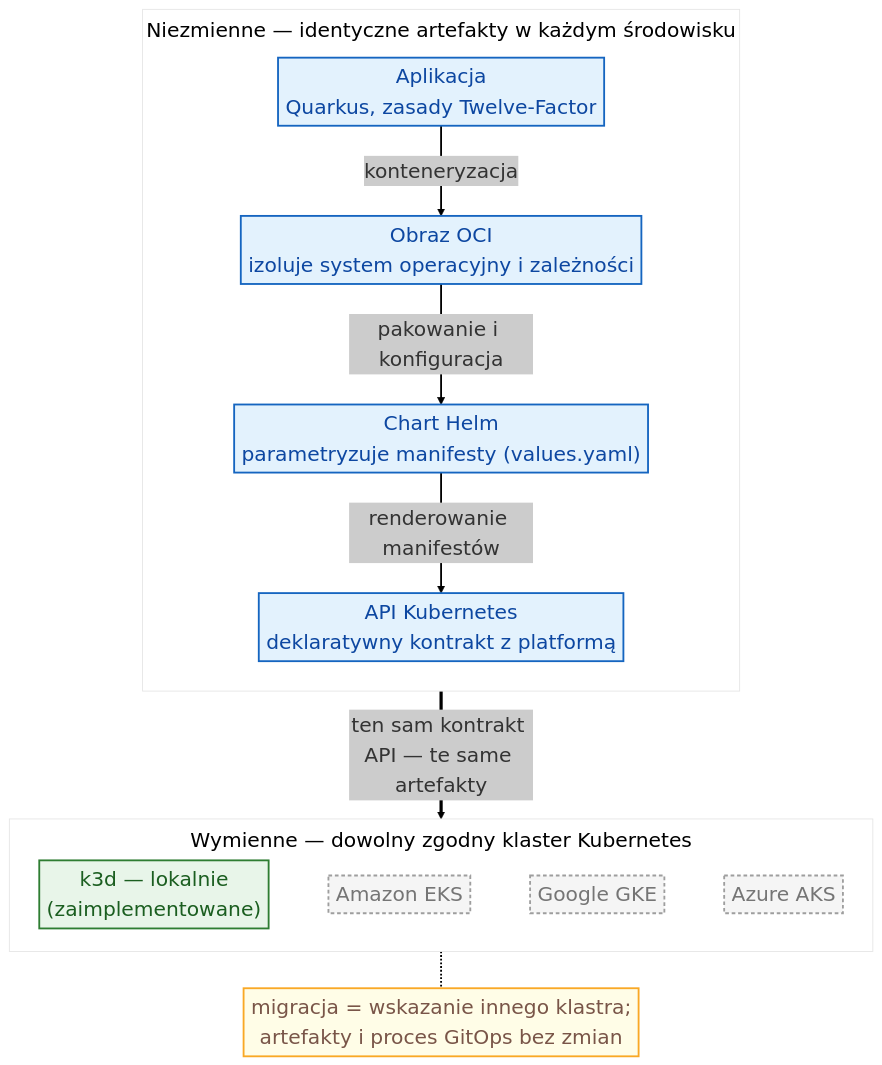
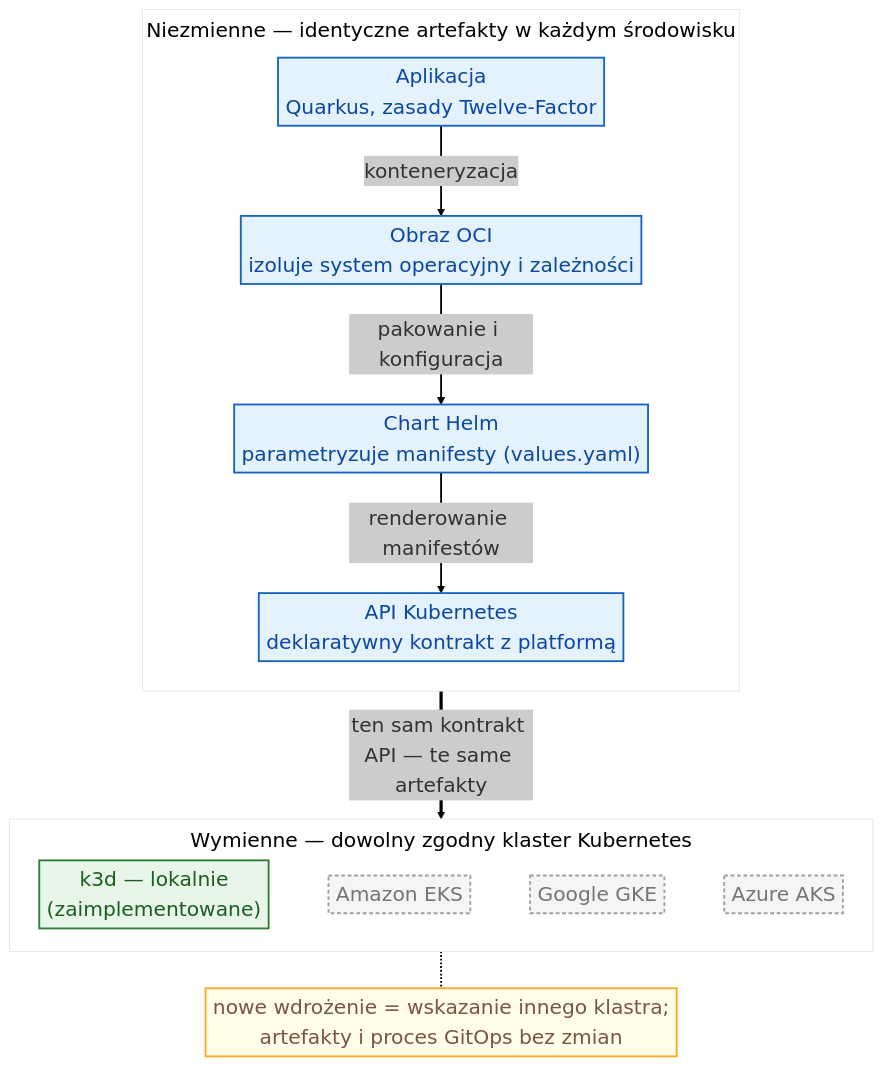
Before and after one commit to mwas-inz/bsc-devops: the diagram in docs/diagrams/01-teoria/teoria-03-portability-layers.mmd, drawn with Mermaid. The commit also changed 8 other files, not shown here.

```diff
--- a/docs/diagrams/01-teoria/teoria-03-portability-layers.mmd
+++ b/docs/diagrams/01-teoria/teoria-03-portability-layers.mmd
@@ -1,50 +1,50 @@
 ---
 config:
   theme: neo
   themeVariables:
     fontSize: 22px
   flowchart:
     nodeSpacing: 30
     rankSpacing: 40
     padding: 4
     subGraphTitleMargin:
       top: 6
       bottom: 14
     diagramPadding: 8
     wrappingWidth: 600
 ---
 %% Przenośność przez warstwy abstrakcji — granica na API Kubernetes
 flowchart TB
     subgraph fixed["Niezmienne — identyczne artefakty w każdym środowisku"]
         direction TB
         app["Aplikacja<br/>Quarkus, zasady Twelve-Factor"]
         img["Obraz OCI<br/>izoluje system operacyjny i zależności"]
         helm["Chart Helm<br/>parametryzuje manifesty (values.yaml)"]
         api["API Kubernetes<br/>deklaratywny kontrakt z platformą"]
         app -->|konteneryzacja| img
         img -->|"pakowanie i konfiguracja"| helm
         helm -->|"renderowanie manifestów"| api
     end
 
     subgraph runtime["Wymienne — dowolny zgodny klaster Kubernetes"]
         direction LR
         k3d["k3d — lokalnie<br/>(zaimplementowane)"]
         eks["Amazon EKS"]
         gke["Google GKE"]
         aks["Azure AKS"]
         k3d ~~~ eks ~~~ gke ~~~ aks
     end
 
     api ==>|"ten sam kontrakt API — te same artefakty"| runtime
 
-    note["migracja = wskazanie innego klastra;<br/>artefakty i proces GitOps bez zmian"]
+    note["nowe wdrożenie = wskazanie innego klastra;<br/>artefakty i proces GitOps bez zmian"]
     runtime -.- note
 
     classDef inv fill:#e3f2fd,stroke:#1565c0,color:#0d47a1;
     classDef live fill:#e8f5e9,stroke:#2e7d32,color:#1b5e20;
     classDef ghost fill:#f5f5f5,stroke:#9e9e9e,color:#757575,stroke-dasharray: 4 3;
     classDef notec fill:#fffde7,stroke:#f9a825,color:#795548;
     class app,img,helm,api inv;
     class k3d live;
     class eks,gke,aks ghost;
     class note notec;
```
